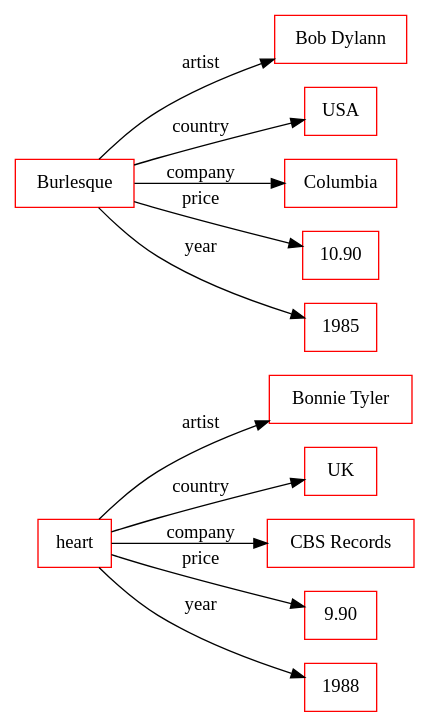
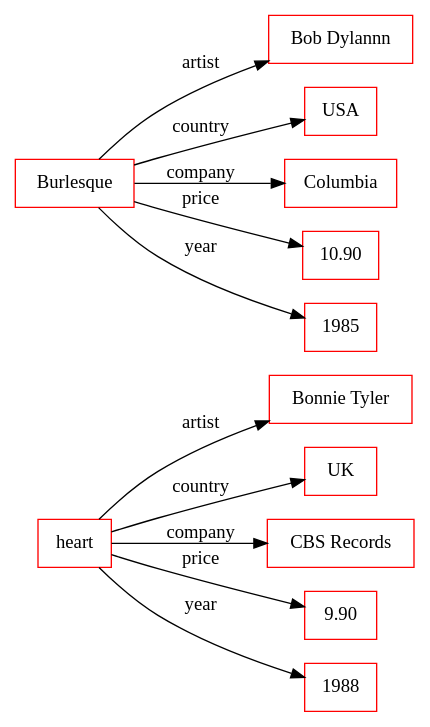
Before and after one commit to ahmad88me/target: the diagram in drawings/ar2dtool-class.conf/org/sample.rdf.png.dot, drawn with Graphviz. The commit also changed 4 other files, not shown here.

```diff
--- a/drawings/ar2dtool-class.conf/org/sample.rdf.png.dot
+++ b/drawings/ar2dtool-class.conf/org/sample.rdf.png.dot
@@ -1,16 +1,16 @@
 digraph ar2dtool_diagram { 
 rankdir=LR;
 size="1000"
-node [shape = rectangle, color="red"]; "Bonnie Tyler" "UK" "CBS Records" "9.90" "1988" "Bob Dylann" "USA" "Columbia" "10.90" "1985" ; /*literals style*/
+node [shape = rectangle, color="red"]; "Bonnie Tyler" "UK" "CBS Records" "9.90" "1988" "Bob Dylannn" "USA" "Columbia" "10.90" "1985" ; /*literals style*/
 	"heart" -> "Bonnie Tyler" [ label = "artist" ];
 	"heart" -> "UK" [ label = "country" ];
 	"heart" -> "CBS Records" [ label = "company" ];
 	"heart" -> "9.90" [ label = "price" ];
 	"heart" -> "1988" [ label = "year" ];
-	"Burlesque" -> "Bob Dylann" [ label = "artist" ];
+	"Burlesque" -> "Bob Dylannn" [ label = "artist" ];
 	"Burlesque" -> "USA" [ label = "country" ];
 	"Burlesque" -> "Columbia" [ label = "company" ];
 	"Burlesque" -> "10.90" [ label = "price" ];
 	"Burlesque" -> "1985" [ label = "year" ];
 
 }
```
